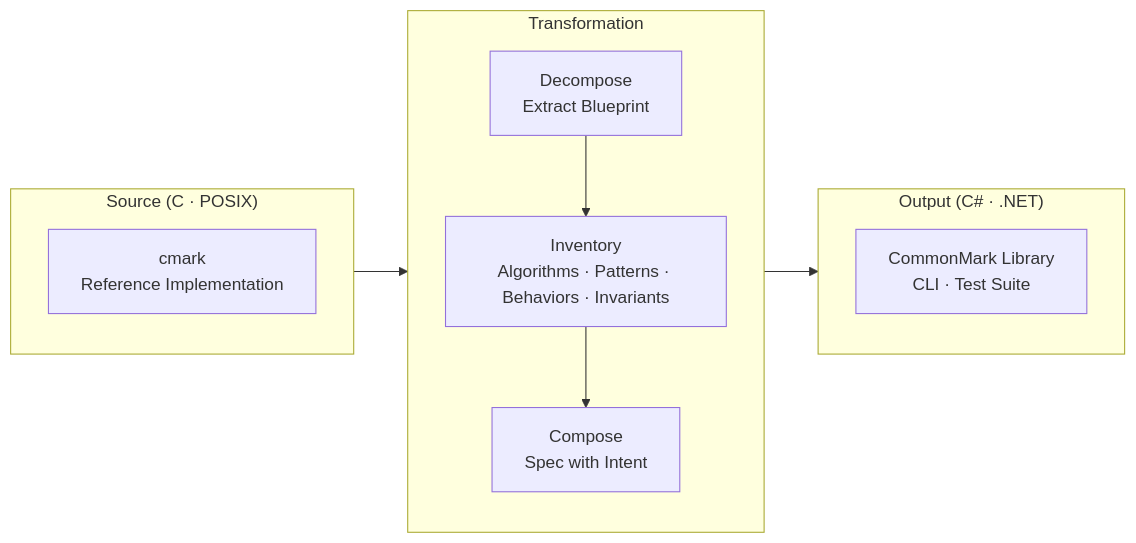
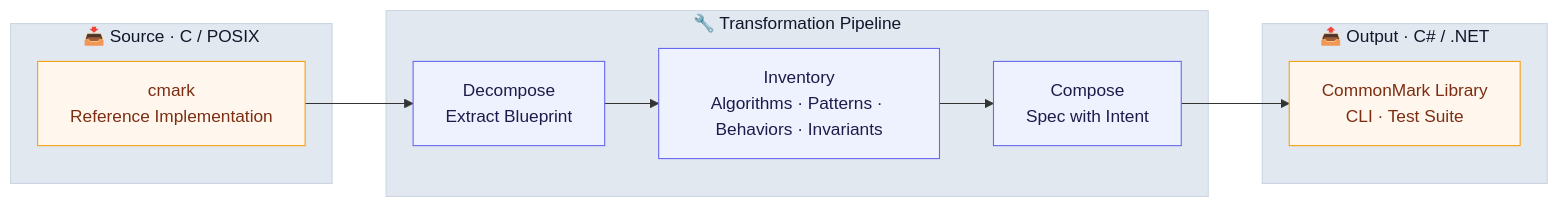
Before and after one commit to OpenTransmute/OpenTransmute: the diagram in docs/Genesis.md, drawn with Mermaid.

Commit message:
Revise flowchart in Genesis.md for better clarity
Updated flowchart in Genesis.md to improve clarity and organization of the transformation pipeline.

````diff
--- a/docs/Genesis.md
+++ b/docs/Genesis.md
@@ -97,19 +97,32 @@
 ```mermaid
 flowchart LR
-    subgraph IN["Source (C · POSIX)"]
-        A[cmark<br/>Reference Implementation]
+
+    %% --- Light-on-dark safe classes -----------------------------------
+    classDef groupTitle fill:#e2e8f0,stroke:#cbd5e1,color:#0f172a;
+    classDef block fill:#f8fafc,stroke:#cbd5e1,color:#0f172a;
+    classDef process fill:#eef2ff,stroke:#6366f1,color:#1e1b4b;
+    classDef io fill:#fff7ed,stroke:#f59e0b,color:#7c2d12;
+
+    %% --- Groups --------------------------------------------------------
+    subgraph IN["📥 Source · C / POSIX"]
+        A["cmark<br/>Reference Implementation"]:::io
     end
+    class IN groupTitle
 
-    subgraph TRANSFORM["Transformation"]
-        B[Decompose<br/>Extract Blueprint]
-        C[Inventory<br/>Algorithms · Patterns · Behaviors · Invariants]
-        D[Compose<br/>Spec with Intent]
+    subgraph TRANSFORM["🔧 Transformation Pipeline"]
+        B["Decompose<br/>Extract Blueprint"]:::process
+        C["Inventory<br/>Algorithms · Patterns · Behaviors · Invariants"]:::process
+        D["Compose<br/>Spec with Intent"]:::process
         B --> C --> D
     end
+    class TRANSFORM groupTitle
 
-    subgraph OUT["Output (C# · .NET)"]
-        E[CommonMark Library<br/>CLI · Test Suite]
+    subgraph OUT["📤 Output · C# / .NET"]
+        E["CommonMark Library<br/>CLI · Test Suite"]:::io
     end
+    class OUT groupTitle
 
-    IN --> TRANSFORM --> OUT
+    %% --- Flow ----------------------------------------------------------
+    A --> B
+    D --> E
 ```
````
